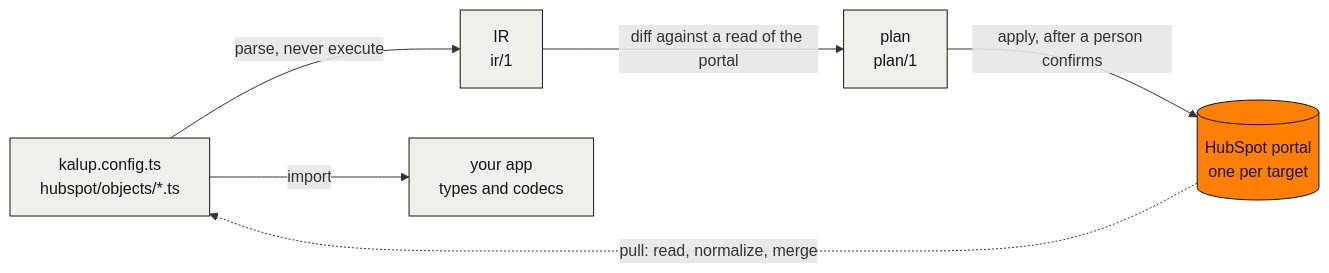
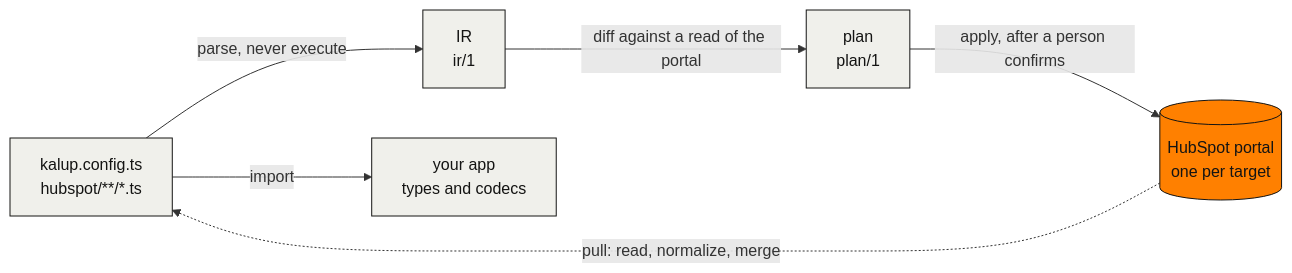
One commit to scopiousdigital/kalup changed the diagram in README.md. Above: the diagram before and after it, drawn with Mermaid. The commit also changed other lines of this file and 20 other files, not shown here.

````diff
--- a/README.md
+++ b/README.md
@@ -133,19 +144,19 @@
 ```mermaid
 flowchart LR
-  files["kalup.config.ts<br/>hubspot/objects/*.ts"]
+  files["kalup.config.ts<br/>hubspot/**/*.ts"]
   ir["IR<br/>ir/1"]
   plan["plan<br/>plan/1"]
   portal[("HubSpot portal<br/>one per target")]
   app["your app<br/>types and codecs"]
 
   files -- "parse, never execute" --> ir
   ir -- "diff against a read of the portal" --> plan
   plan -- "apply, after a person confirms" --> portal
   portal -. "pull: read, normalize, merge" .-> files
   files -- "import" --> app
 
   classDef built fill:#F0F0EB,stroke:#141413,color:#141413
   classDef metal fill:#FF8000,stroke:#141413,color:#141413
   class files,ir,plan,app built
   class portal metal
 ```
````
